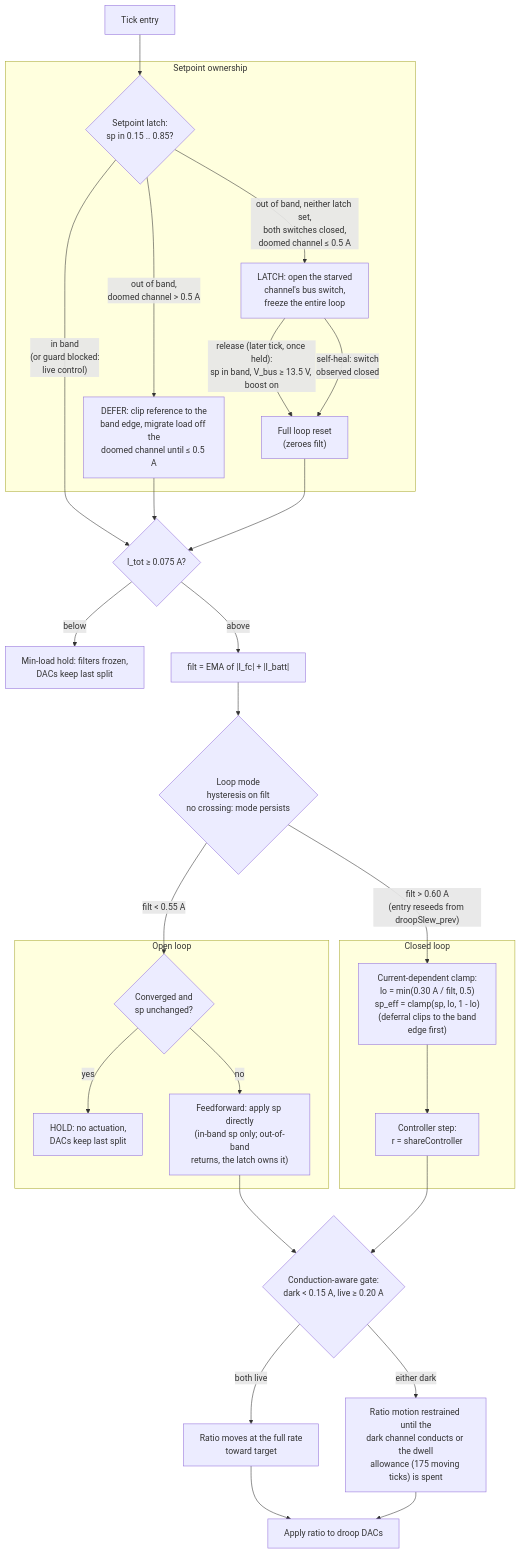
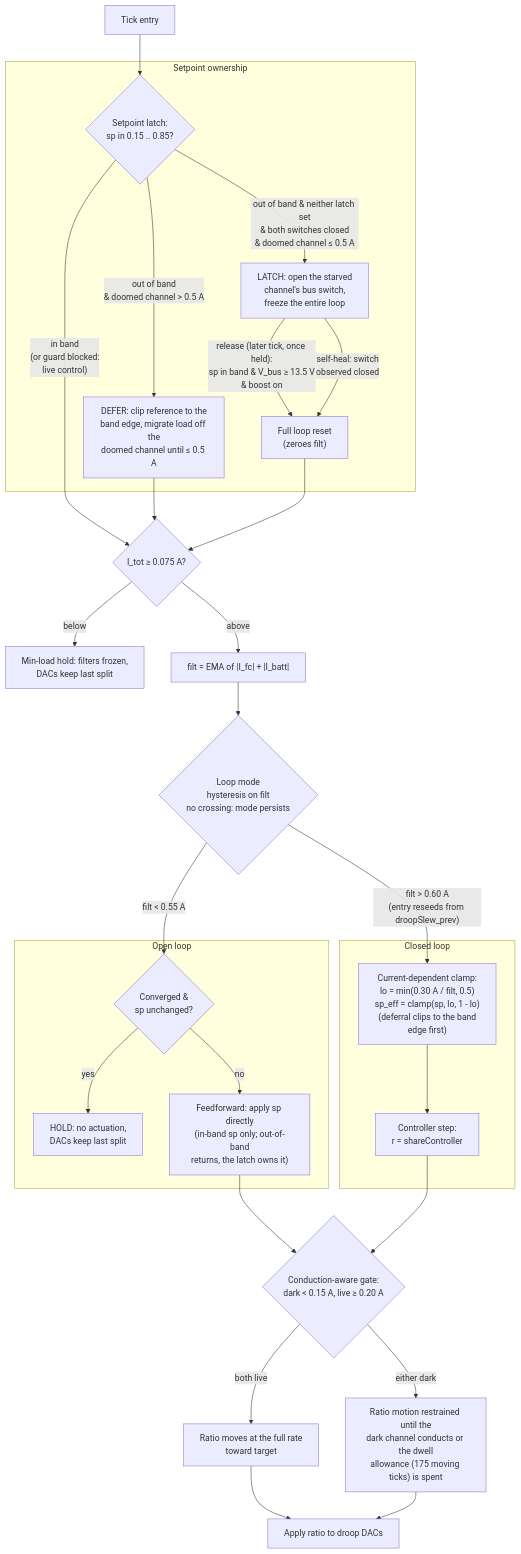
Before and after one commit to Tangineering/DC-Balancer-Board-Teensy: the second of 4 diagrams in docs/governor_whitepaper.md, drawn with Mermaid. The commit also changed other lines of this file, not shown here.

First line of the commit message:
docs: governor whitepaper — explicit AND/OR convention in diagrams

````diff
--- a/docs/governor_whitepaper.md
+++ b/docs/governor_whitepaper.md
@@ -337,39 +339,39 @@
 ```mermaid
 flowchart TD
     subgraph OWN [Setpoint ownership]
         LAT{Setpoint latch:<br/>sp in 0.15 .. 0.85?}
-        LAT -->|"out of band, neither latch set,<br/>both switches closed,<br/>doomed channel &le; 0.5 A"| LCUT["LATCH: open the starved<br/>channel's bus switch,<br/>freeze the entire loop"]
-        LAT -->|"out of band,<br/>doomed channel &gt; 0.5 A"| DEF["DEFER: clip reference to the<br/>band edge, migrate load off the<br/>doomed channel until &le; 0.5 A"]
-        LCUT -->|"release (later tick, once held):<br/>sp in band, V_bus &ge; 13.5 V, boost on"| REL["Full loop reset<br/>(zeroes filt)"]
+        LAT -->|"out of band & neither latch set<br/>& both switches closed<br/>& doomed channel &le; 0.5 A"| LCUT["LATCH: open the starved<br/>channel's bus switch,<br/>freeze the entire loop"]
+        LAT -->|"out of band<br/>& doomed channel &gt; 0.5 A"| DEF["DEFER: clip reference to the<br/>band edge, migrate load off the<br/>doomed channel until &le; 0.5 A"]
+        LCUT -->|"release (later tick, once held):<br/>sp in band & V_bus &ge; 13.5 V<br/>& boost on"| REL["Full loop reset<br/>(zeroes filt)"]
         LCUT -->|"self-heal: switch<br/>observed closed"| REL
     end
 
     subgraph CL [Closed loop]
         CLAMP["Current-dependent clamp:<br/>lo = min(0.30 A / filt, 0.5)<br/>sp_eff = clamp(sp, lo, 1 - lo)<br/>(deferral clips to the band<br/>edge first)"] --> STEP["Controller step:<br/>r = shareController"]
     end
 
     subgraph OL [Open loop]
-        OLQ{Converged and<br/>sp unchanged?} -->|yes| HOLD["HOLD: no actuation,<br/>DACs keep last split"]
+        OLQ{Converged &<br/>sp unchanged?} -->|yes| HOLD["HOLD: no actuation,<br/>DACs keep last split"]
         OLQ -->|no| FF["Feedforward: apply sp directly<br/>(in-band sp only; out-of-band<br/>returns, the latch owns it)"]
     end
 
     T[Tick entry] --> LAT
     LAT -->|"in band<br/>(or guard blocked:<br/>live control)"| G{"I_tot &ge; 0.075 A?"}
     DEF --> G
     REL --> G
     G -->|"below"| HOLDMIN["Min-load hold: filters frozen,<br/>DACs keep last split"]
     G -->|above| IN["filt = EMA of |I_fc| + |I_batt|"]
 
     IN --> M{Loop mode<br/>hysteresis on filt<br/>no crossing: mode persists}
     M -->|"filt &gt; 0.60 A<br/>(entry reseeds from droopSlew_prev)"| CLAMP
     M -->|"filt &lt; 0.55 A"| OLQ
 
     FF --> COND
     STEP --> COND
 
     COND{Conduction-aware gate:<br/>dark &lt; 0.15 A, live &ge; 0.20 A} -->|both live| FAST["Ratio moves at the full rate<br/>toward target"]
     COND -->|either dark| SLOW["Ratio motion restrained until the<br/>dark channel conducts or the dwell<br/>allowance (175 moving ticks) is spent"]
 
     FAST --> ACT["Apply ratio to droop DACs"]
     SLOW --> ACT
 ```
````
